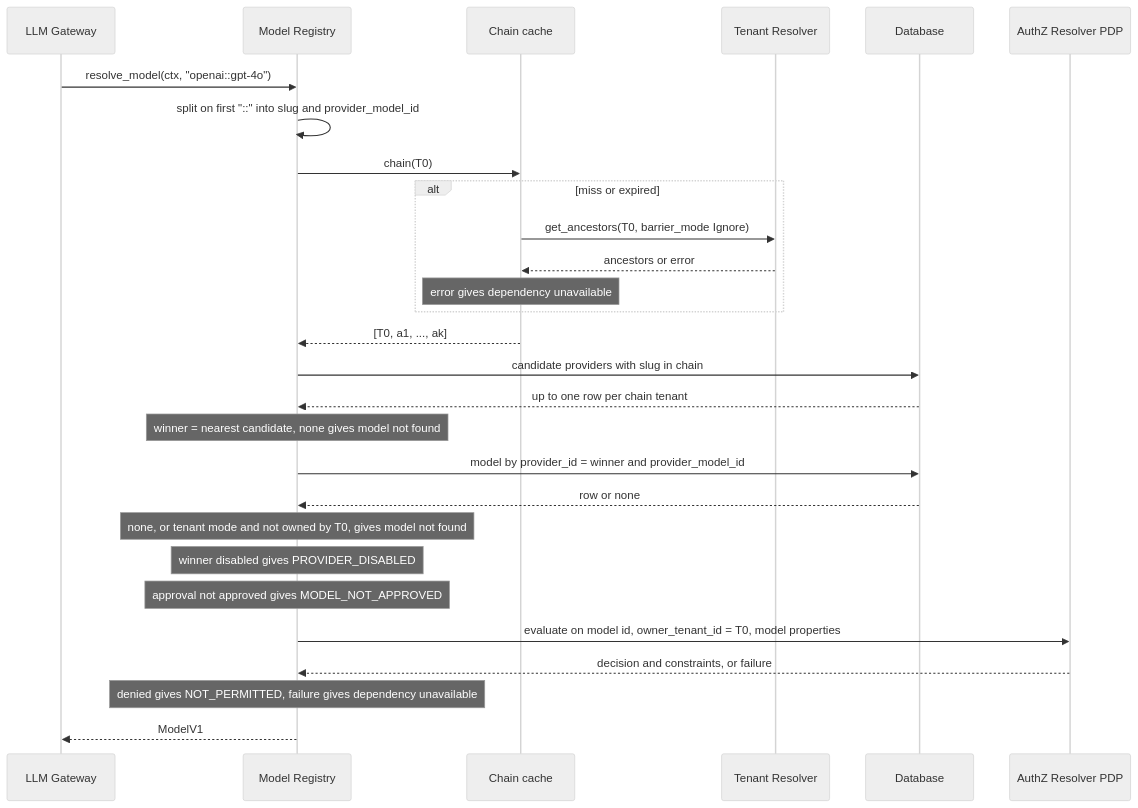
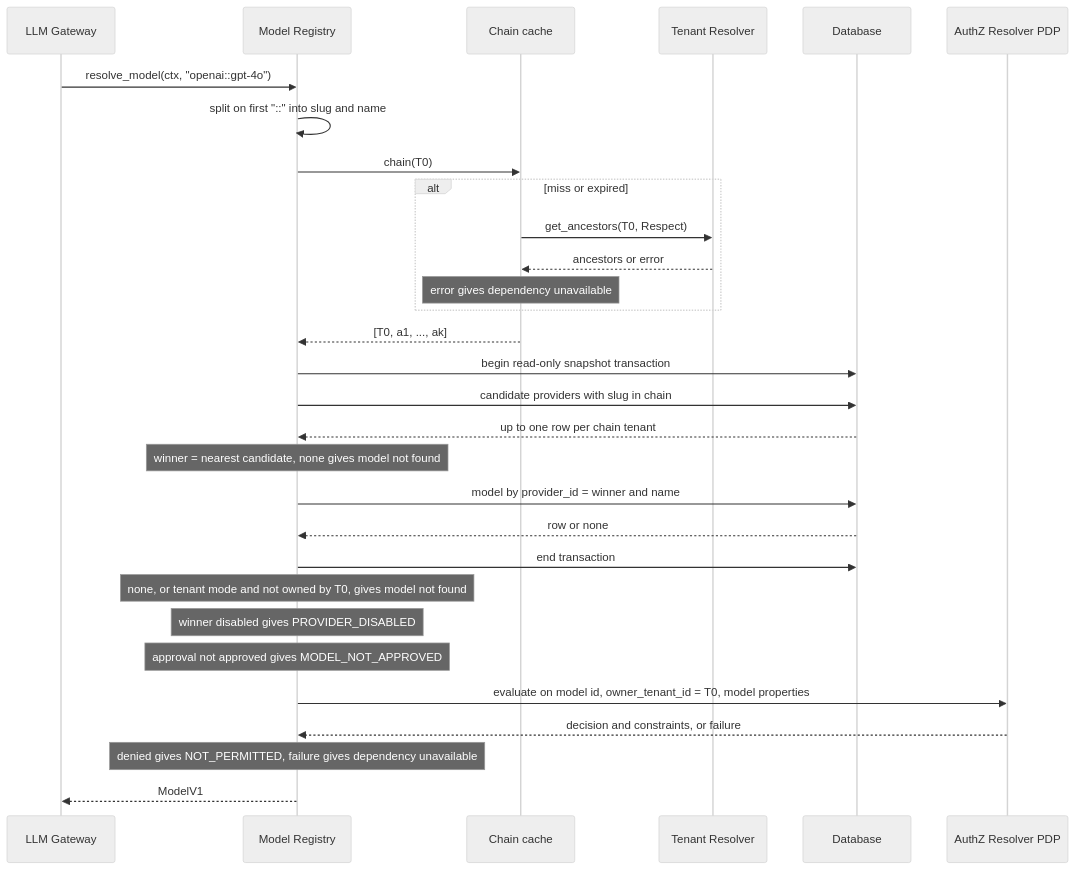
One commit to constructorfabric/gears-rust changed the fourth of 9 diagrams in gears/model-registry/docs/DESIGN.md. Above: the diagram before and after it, drawn with Mermaid (neutral theme). The commit also changed other lines of this file and 5 other files, not shown here.

````diff
--- a/gears/model-registry/docs/DESIGN.md
+++ b/gears/model-registry/docs/DESIGN.md
@@ -901,31 +950,33 @@
 ```mermaid
 sequenceDiagram
     participant GW as LLM Gateway
     participant MR as Model Registry
     participant CC as Chain cache
     participant TR as Tenant Resolver
     participant DB as Database
     participant PDP as AuthZ Resolver PDP
 
     GW->>MR: resolve_model(ctx, "openai::gpt-4o")
-    MR->>MR: split on first "::" into slug and provider_model_id
+    MR->>MR: split on first "::" into slug and name
     MR->>CC: chain(T0)
     alt miss or expired
-        CC->>TR: get_ancestors(T0, barrier_mode Ignore)
+        CC->>TR: get_ancestors(T0, Respect)
         TR-->>CC: ancestors or error
         Note over CC: error gives dependency unavailable
     end
     CC-->>MR: [T0, a1, ..., ak]
+    MR->>DB: begin read-only snapshot transaction
     MR->>DB: candidate providers with slug in chain
     DB-->>MR: up to one row per chain tenant
     Note over MR: winner = nearest candidate, none gives model not found
-    MR->>DB: model by provider_id = winner and provider_model_id
+    MR->>DB: model by provider_id = winner and name
     DB-->>MR: row or none
+    MR->>DB: end transaction
     Note over MR: none, or tenant mode and not owned by T0, gives model not found
     Note over MR: winner disabled gives PROVIDER_DISABLED
     Note over MR: approval not approved gives MODEL_NOT_APPROVED
     MR->>PDP: evaluate on model id, owner_tenant_id = T0, model properties
     PDP-->>MR: decision and constraints, or failure
     Note over MR: denied gives NOT_PERMITTED, failure gives dependency unavailable
     MR-->>GW: ModelV1
 ```
````
